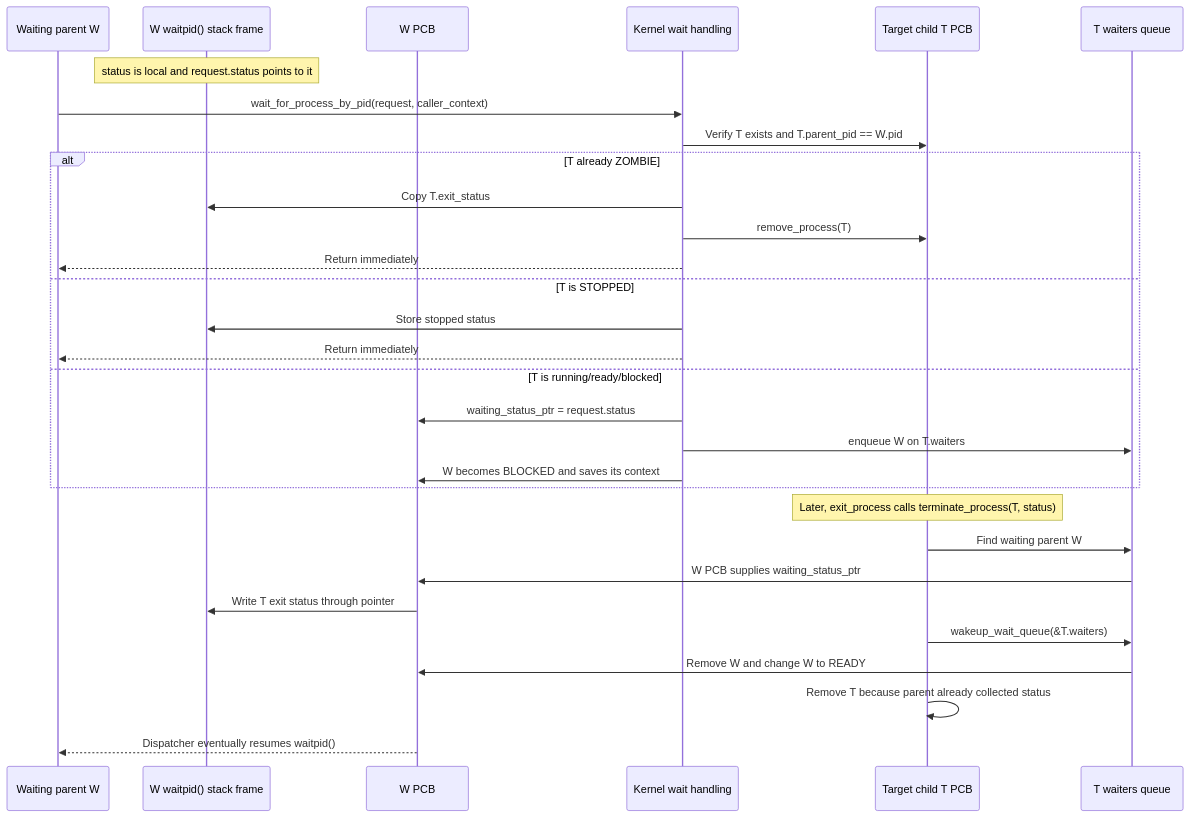
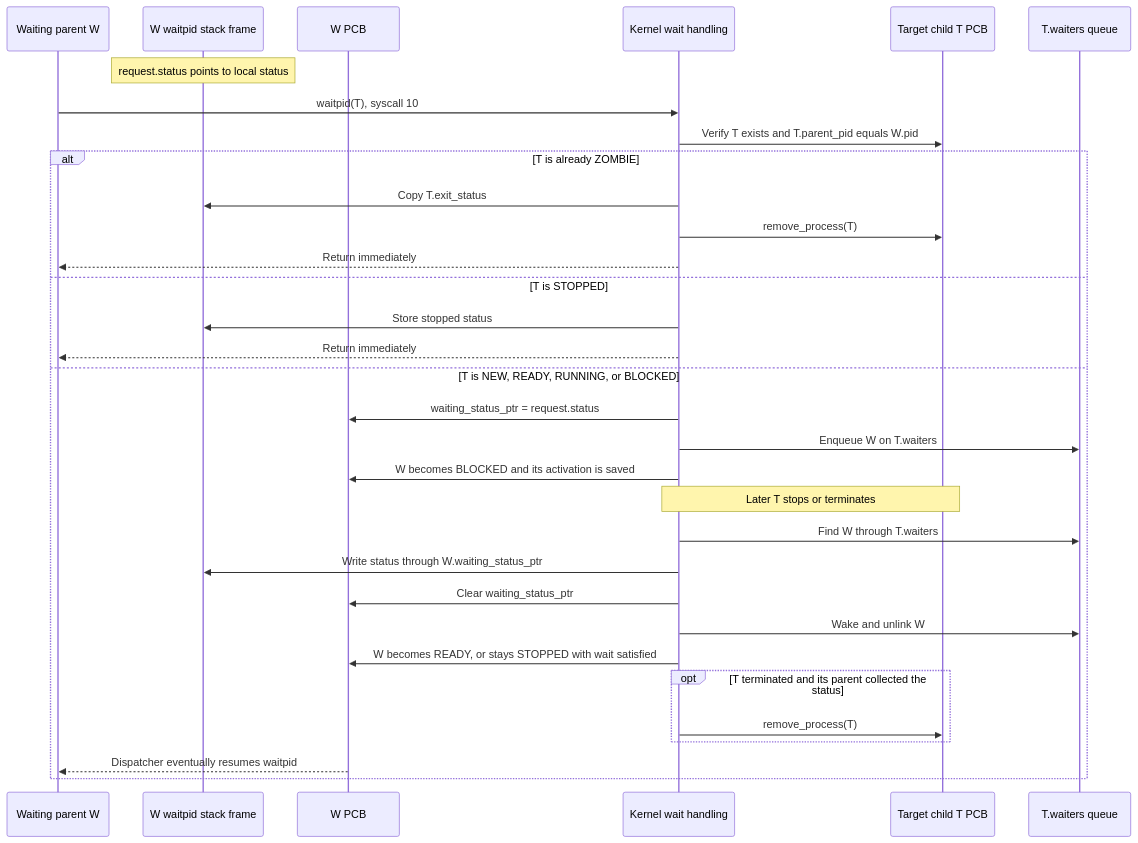
Before and after one commit to matthejue/Pico-OS_Presentation: diagram 14 of 30 in .source/Pico-OS-README.md, drawn with Mermaid. The commit also changed other lines of this file and 10 other files, not shown here.

Commit message:
updated the PicoOS presentation to follow the refreshed README structure and content Added visual zoom support, Mermaid rendering, presentation validation, and source review documentation Refreshed presentation styling, metadata, source snapshots, and contributor instructions

````diff
--- a/.source/Pico-OS-README.md
+++ b/.source/Pico-OS-README.md
@@ -1765,34 +2046,35 @@
 ```mermaid
 sequenceDiagram
     participant W as Waiting parent W
-    participant WS as W waitpid() stack frame
+    participant WS as W waitpid stack frame
     participant WP as W PCB
     participant K as Kernel wait handling
     participant TP as Target child T PCB
-    participant TQ as T waiters queue
+    participant TQ as T.waiters queue
 
-    Note over WS: status is local and request.status points to it
-    W->>K: wait_for_process_by_pid(request, caller_context)
-    K->>TP: Verify T exists and T.parent_pid == W.pid
-    alt T already ZOMBIE
+    Note over WS: request.status points to local status
+    W->>K: waitpid(T), syscall 10
+    K->>TP: Verify T exists and T.parent_pid equals W.pid
+    alt T is already ZOMBIE
         K->>WS: Copy T.exit_status
         K->>TP: remove_process(T)
         K-->>W: Return immediately
     else T is STOPPED
         K->>WS: Store stopped status
         K-->>W: Return immediately
-    else T is running/ready/blocked
+    else T is NEW, READY, RUNNING, or BLOCKED
         K->>WP: waiting_status_ptr = request.status
-        K->>TQ: enqueue W on T.waiters
-        K->>WP: W becomes BLOCKED and saves its context
+        K->>TQ: Enqueue W on T.waiters
+        K->>WP: W becomes BLOCKED and its activation is saved
+        Note over K,TP: Later T stops or terminates
+        K->>TQ: Find W through T.waiters
+        K->>WS: Write status through W.waiting_status_ptr
+        K->>WP: Clear waiting_status_ptr
+        K->>TQ: Wake and unlink W
+        K->>WP: W becomes READY, or stays STOPPED with wait satisfied
+        opt T terminated and its parent collected the status
+            K->>TP: remove_process(T)
+        end
+        WP-->>W: Dispatcher eventually resumes waitpid
     end
-
-    Note over TP: Later, exit_process calls terminate_process(T, status)
-    TP->>TQ: Find waiting parent W
-    TQ->>WP: W PCB supplies waiting_status_ptr
-    WP->>WS: Write T exit status through pointer
-    TP->>TQ: wakeup_wait_queue(&T.waiters)
-    TQ->>WP: Remove W and change W to READY
-    TP->>TP: Remove T because parent already collected status
-    WP-->>W: Dispatcher eventually resumes waitpid()
 ```
````
